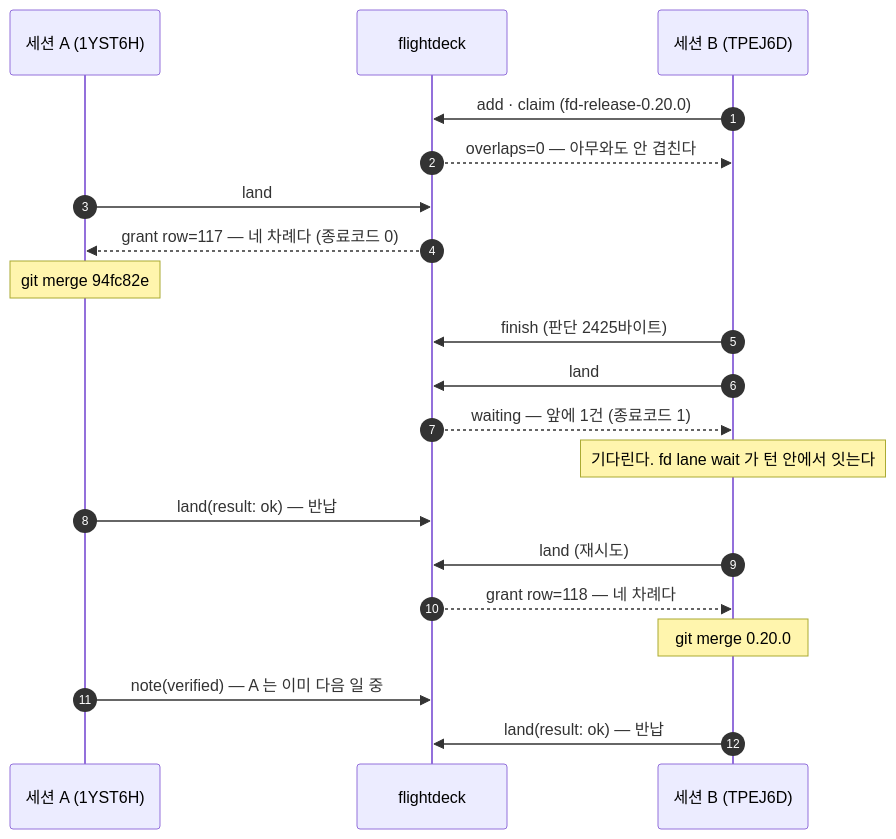
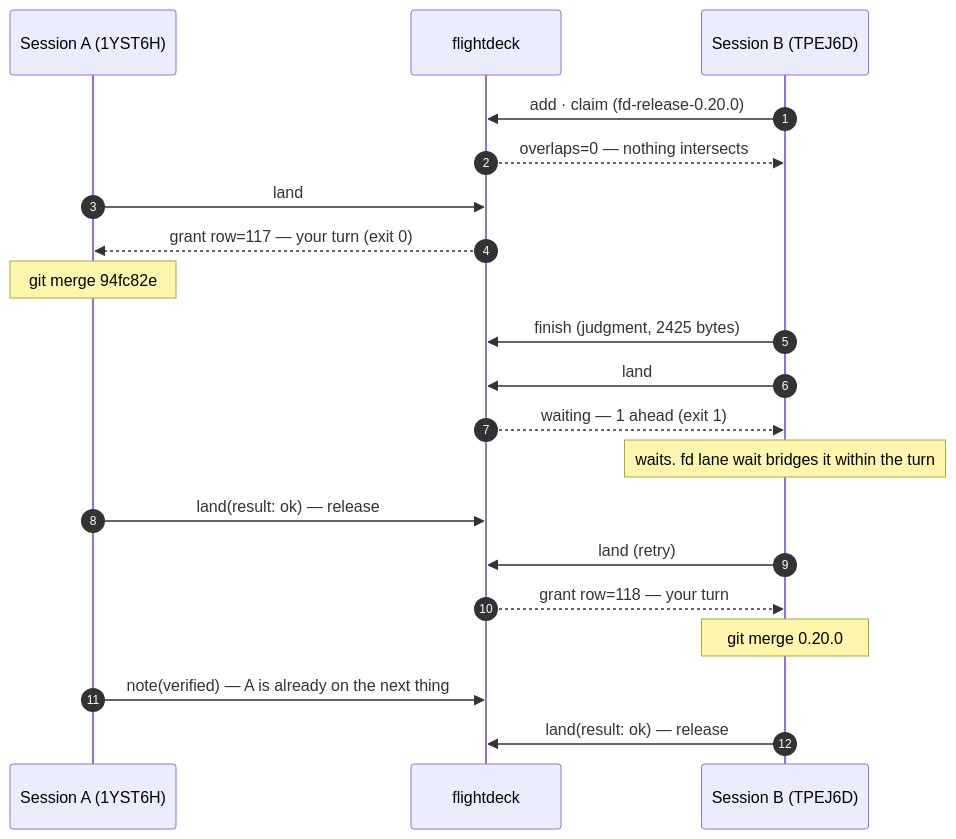
One commit to Kweiza/kweiza-cc-plugins changed the first of 2 diagrams in plugins/flightdeck/README.md. Above: the diagram before and after it, drawn with Mermaid. The commit also changed other lines of this file and 12 other files, not shown here.

````diff
--- a/plugins/flightdeck/README.md
+++ b/plugins/flightdeck/README.md
@@ -151,26 +175,26 @@
 ```mermaid
 sequenceDiagram
     autonumber
-    participant A as 세션 A (1YST6H)
+    participant A as Session A (1YST6H)
     participant FD as flightdeck
-    participant B as 세션 B (TPEJ6D)
+    participant B as Session B (TPEJ6D)
 
     B->>FD: add · claim (fd-release-0.20.0)
-    FD-->>B: overlaps=0 — 아무와도 안 겹친다
+    FD-->>B: overlaps=0 — nothing intersects
 
     A->>FD: land
-    FD-->>A: grant row=117 — 네 차례다 (종료코드 0)
+    FD-->>A: grant row=117 — your turn (exit 0)
     Note over A: git merge 94fc82e
 
-    B->>FD: finish (판단 2425바이트)
+    B->>FD: finish (judgment, 2425 bytes)
     B->>FD: land
-    FD-->>B: waiting — 앞에 1건 (종료코드 1)
-    Note over B: 기다린다. fd lane wait 가 턴 안에서 잇는다
+    FD-->>B: waiting — 1 ahead (exit 1)
+    Note over B: waits. fd lane wait bridges it within the turn
 
-    A->>FD: land(result: ok) — 반납
-    B->>FD: land (재시도)
-    FD-->>B: grant row=118 — 네 차례다
+    A->>FD: land(result: ok) — release
+    B->>FD: land (retry)
+    FD-->>B: grant row=118 — your turn
     Note over B: git merge 0.20.0
-    A->>FD: note(verified) — A 는 이미 다음 일 중
-    B->>FD: land(result: ok) — 반납
+    A->>FD: note(verified) — A is already on the next thing
+    B->>FD: land(result: ok) — release
 ```
````
